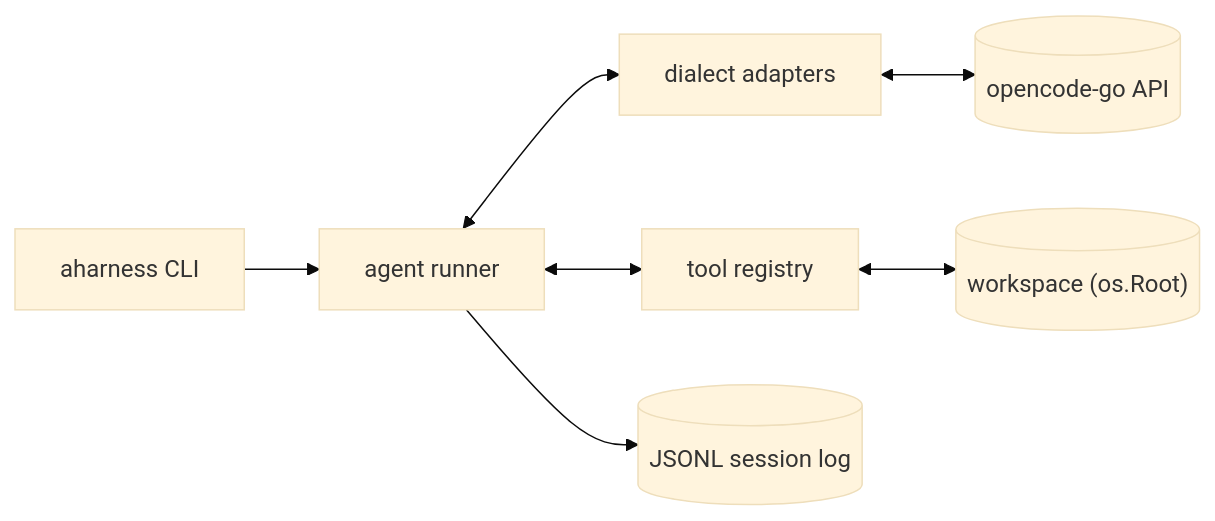
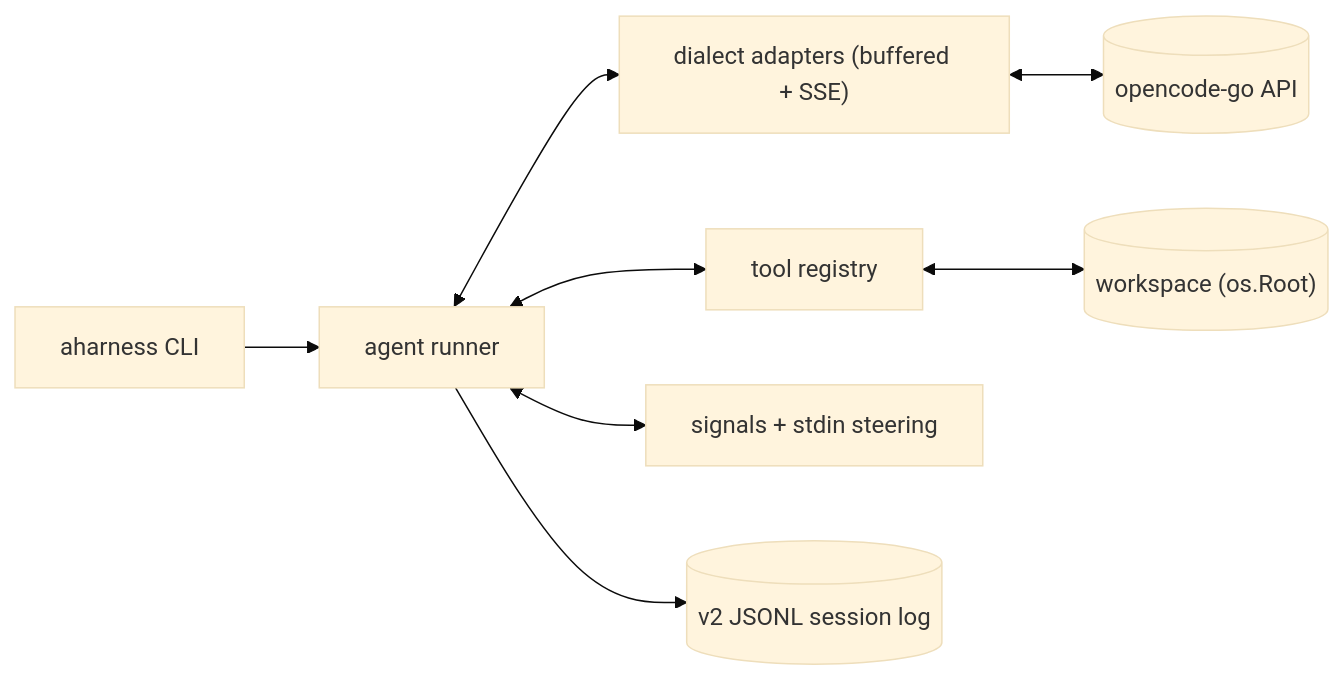
One commit to eddiectc/aharness changed the diagram in docs/architecture.md. Above: the diagram before and after it, drawn with Mermaid (base theme). The commit also changed other lines of this file and 45 other files, not shown here.

Commit message:
Implement v1: session v2, resume/fork, streaming, interactive control

````diff
--- a/docs/architecture.md
+++ b/docs/architecture.md
@@ -16,9 +17,10 @@
 ```mermaid
 flowchart LR
   cli["aharness CLI"] --> runner["agent runner"]
-  runner <--> model["dialect adapters"]
+  runner <--> model["dialect adapters (buffered + SSE)"]
   runner <--> tools["tool registry"]
-  runner --> session[("JSONL session log")]
+  runner <--> control["signals + stdin steering"]
+  runner --> session[("v2 JSONL session log")]
   tools <--> workspace[("workspace (os.Root)")]
   model <--> api[(opencode-go API)]
 ```
````
